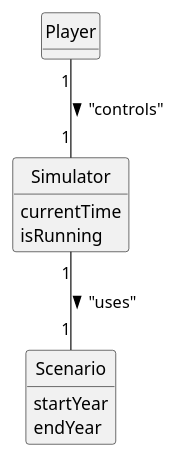
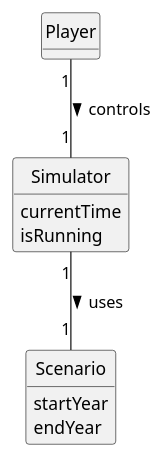
The diagram in docs/system-documentation/US012/02.analysis/puml/US012-DM.puml (bruno-monteiro5/sem2-pi-24.25-g132-repo), drawn with PlantUML before and after one commit. The commit also changed 2 other files, not shown here.

```diff
--- a/docs/system-documentation/US012/02.analysis/puml/US012-DM.puml
+++ b/docs/system-documentation/US012/02.analysis/puml/US012-DM.puml
@@ -1,21 +1,21 @@
 @startuml
 skinparam monochrome true
 hide circle
 hide methods
 
 class Player {
 }
 
 class Simulator {
   currentTime
   isRunning
 }
 
 class Scenario {
   startYear
   endYear
 }
 
-Player "1" -- "1" Simulator : "controls" >
-Simulator "1" -- "1" Scenario : "uses" >
+Player "1" -- "1" Simulator : controls >
+Simulator "1" -- "1" Scenario : uses >
 @enduml
```
